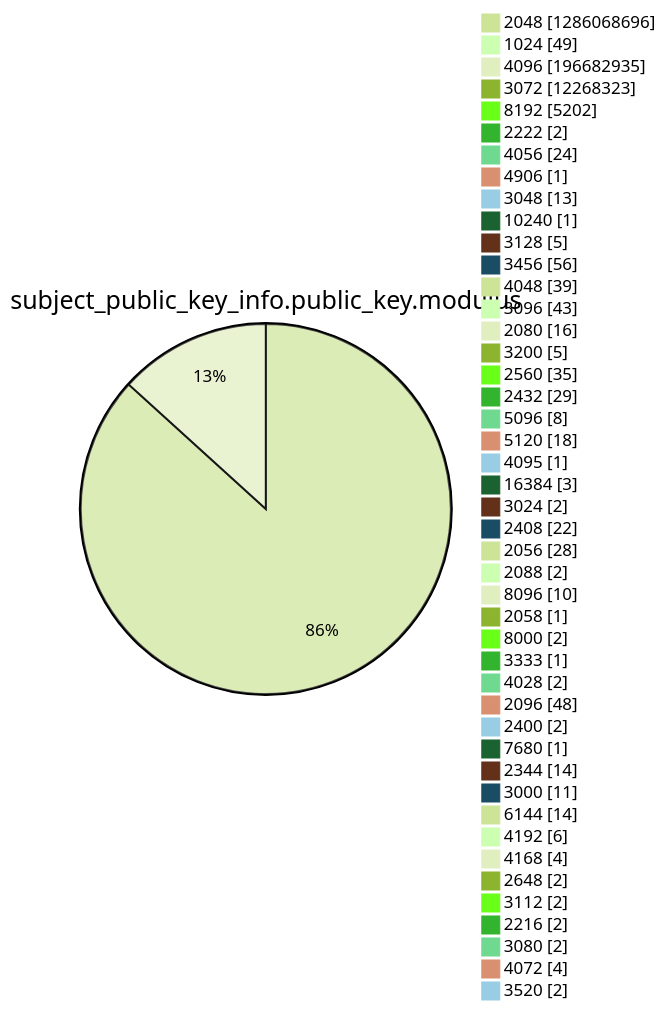
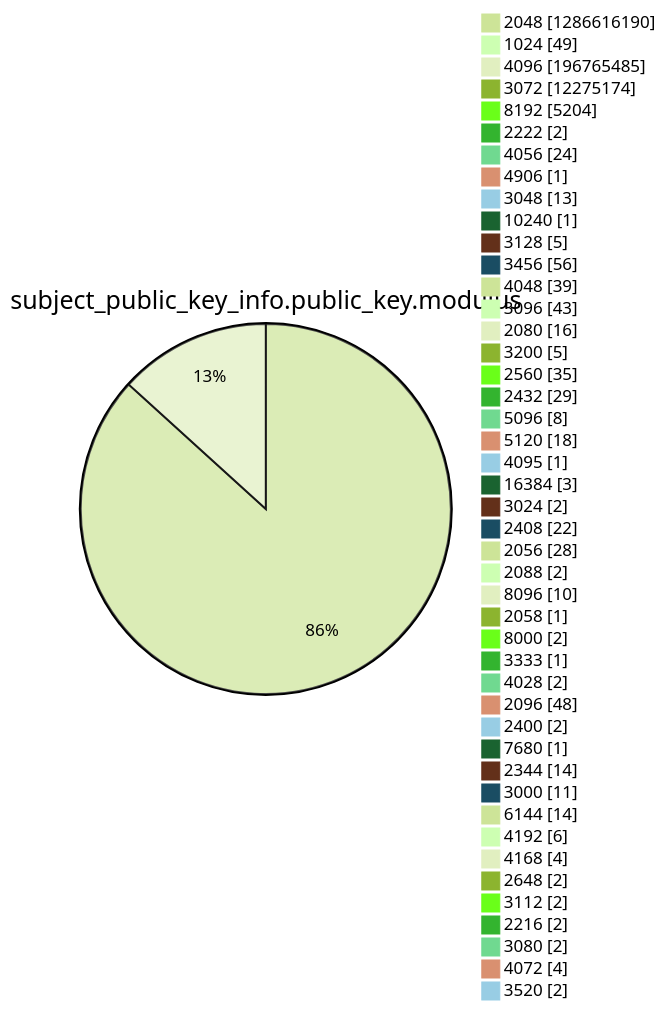
Before and after one commit to christiankrug/ctmonitor_visualization: diagram 13 of 15 in xenon2022/README.md, drawn with Mermaid (forest theme). The commit also changed other lines of this file, not shown here.

````diff
--- a/xenon2022/README.md
+++ b/xenon2022/README.md
@@ -3920,49 +3920,49 @@
 ```mermaid
 pie showData
 title subject_public_key_info.public_key.modulus
-"2048" :1286068696
+"2048" :1286616190
 "1024" :49
-"4096" :196682935
-"3072" :12268323
-"8192" :5202
+"4096" :196765485
+"3072" :12275174
+"8192" :5204
 "2222" :2
 "4056" :24
 "4906" :1
 "3048" :13
 "10240" :1
 "3128" :5
 "3456" :56
 "4048" :39
 "3096" :43
 "2080" :16
 "3200" :5
 "2560" :35
 "2432" :29
 "5096" :8
 "5120" :18
 "4095" :1
 "16384" :3
 "3024" :2
 "2408" :22
 "2056" :28
 "2088" :2
 "8096" :10
 "2058" :1
 "8000" :2
 "3333" :1
 "4028" :2
 "2096" :48
 "2400" :2
 "7680" :1
 "2344" :14
 "3000" :11
 "6144" :14
 "4192" :6
 "4168" :4
 "2648" :2
 "3112" :2
 "2216" :2
 "3080" :2
 "4072" :4
 "3520" :2
 ```
````
